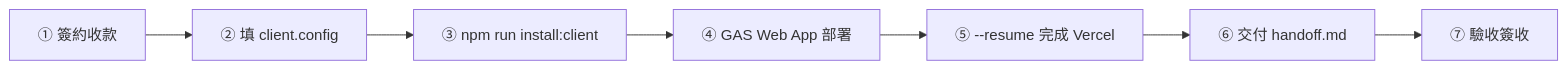
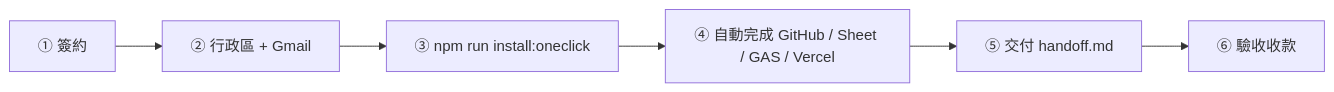
One commit to yongheelderly0826-design/Elder-Visit-Platform changed the diagram in docs/product/installer-kit.md. Above: the diagram before and after it, drawn with Mermaid. The commit also changed other lines of this file and 13 other files, not shown here.

Commit message:
Make client install one-shot by auto-deploying the GAS web app.

````diff
--- a/docs/product/installer-kit.md
+++ b/docs/product/installer-kit.md
@@ -21,9 +21,8 @@
 ```mermaid
 flowchart LR
-  A["① 簽約收款"] --> B["② 填 client.config"]
-  B --> C["③ npm run install:client"]
-  C --> D["④ GAS Web App 部署"]
-  D --> E["⑤ --resume 完成 Vercel"]
-  E --> F["⑥ 交付 handoff.md"]
-  F --> G["⑦ 驗收簽收"]
+  A["① 簽約"] --> B["② 行政區 + Gmail"]
+  B --> C["③ npm run install:oneclick"]
+  C --> D["④ 自動完成 GitHub / Sheet / GAS / Vercel"]
+  D --> E["⑤ 交付 handoff.md"]
+  E --> F["⑥ 驗收收款"]
 ```
````
